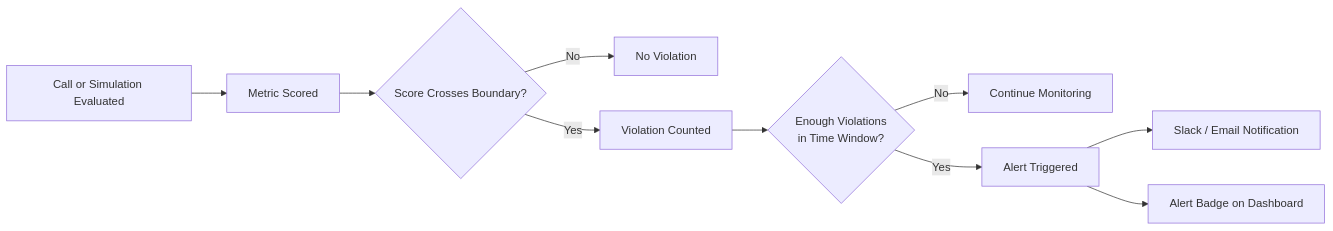
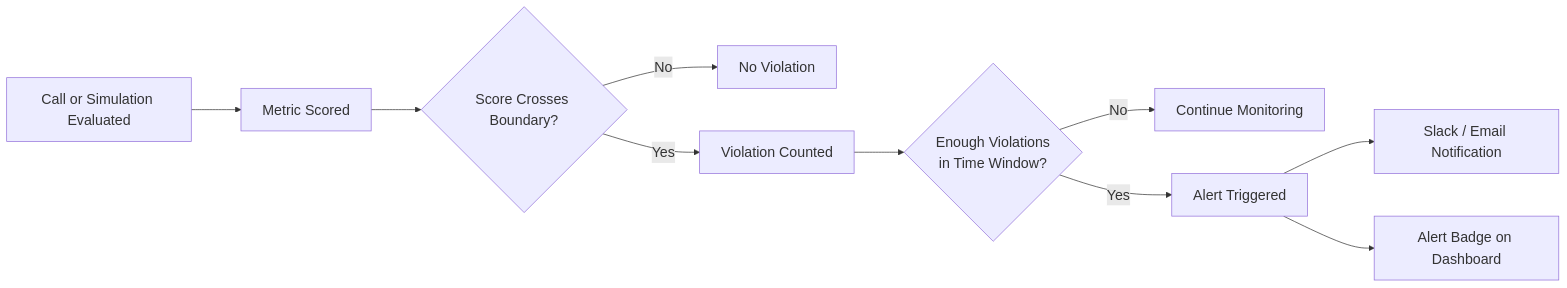
Before and after one commit to bluejay-ai-dev/docs: the diagram in key-concepts/alerts/overview.mdx, drawn with Mermaid.

Commit message:
docs(alerts): enlarge mermaid diagram for better readability
Add a mermaid init directive that bumps font size to 20px, widens node
and rank spacing, and switches the multiline node label to use an
HTML line break so the lifecycle diagram is easier to read.

````diff
--- a/key-concepts/alerts/overview.mdx
+++ b/key-concepts/alerts/overview.mdx
@@ -42,12 +42,13 @@
 ```mermaid
+%%{init: {"flowchart": {"useMaxWidth": true, "nodeSpacing": 60, "rankSpacing": 70}, "themeVariables": {"fontSize": "20px"}}}%%
 flowchart LR
     Eval[Call or Simulation Evaluated] --> Score[Metric Scored]
     Score --> Cross{Score Crosses Boundary?}
     Cross -->|No| OK[No Violation]
     Cross -->|Yes| Count[Violation Counted]
-    Count --> Window{"Enough Violations\nin Time Window?"}
+    Count --> Window{"Enough Violations<br/>in Time Window?"}
     Window -->|No| Wait[Continue Monitoring]
     Window -->|Yes| Fire[Alert Triggered]
     Fire --> Notify[Slack / Email Notification]
     Fire --> Badge[Alert Badge on Dashboard]
 ```
````
